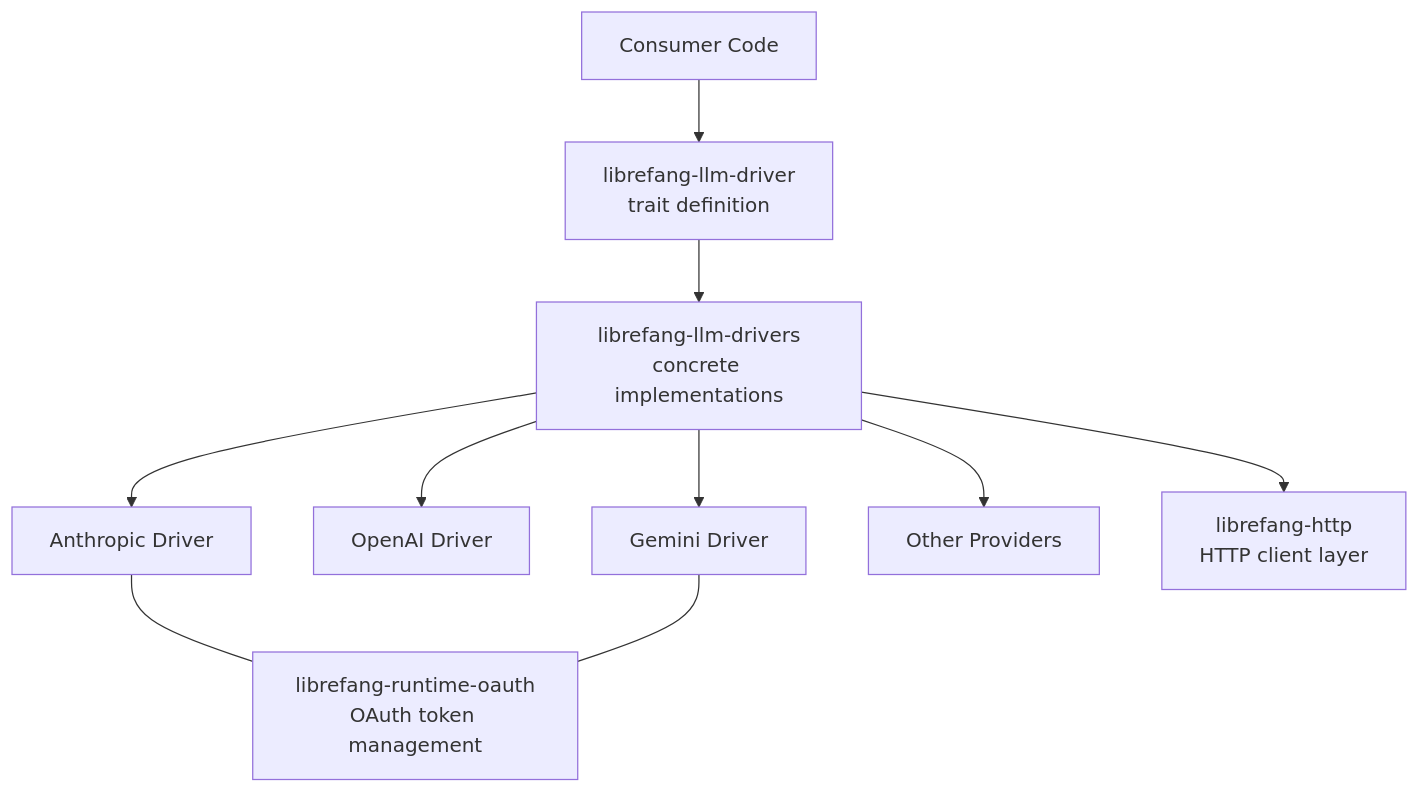
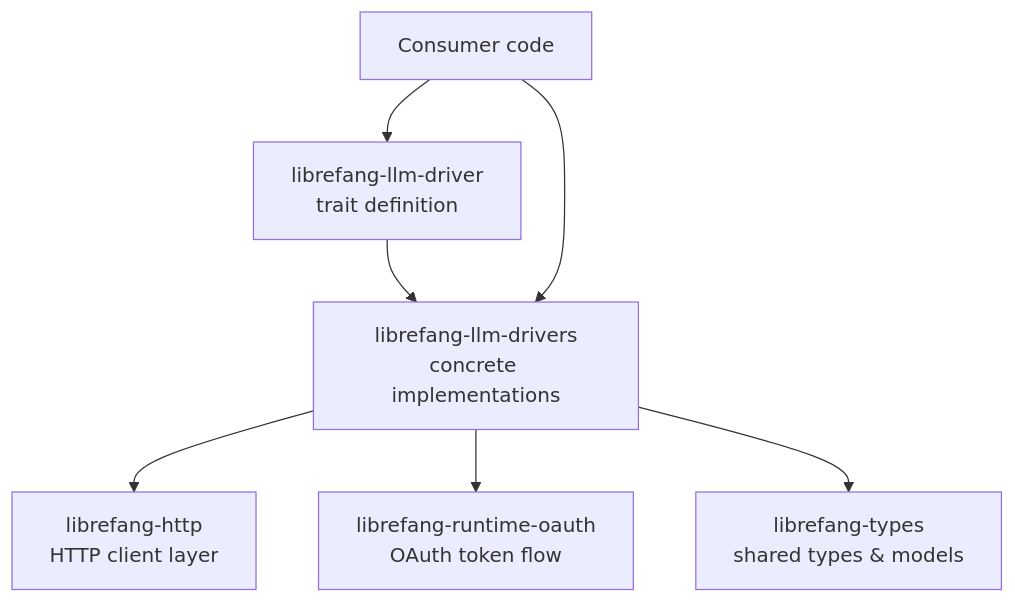
The diagram in other-librefang-llm-drivers.md (leszek3737/librefang-WIki), drawn with Mermaid before and after one commit. The commit also changed other lines of this file and 120 other files, not shown here.

````diff
--- a/other-librefang-llm-drivers.md
+++ b/other-librefang-llm-drivers.md
@@ -13,12 +13,9 @@
 ```mermaid
 graph TD
-    A[Consumer Code] --> B[librefang-llm-driver<br/>trait definition]
-    B --> C[librefang-llm-drivers<br/>concrete implementations]
-    C --> D[Anthropic Driver]
-    C --> E[OpenAI Driver]
-    C --> F[Gemini Driver]
-    C --> G[Other Providers]
-    C --> H[librefang-http<br/>HTTP client layer]
-    D --- I[librefang-runtime-oauth<br/>OAuth token management]
-    F --- I
+    A[librefang-llm-driver<br/>trait definition] --> B[librefang-llm-drivers<br/>concrete implementations]
+    B --> C[librefang-http<br/>HTTP client layer]
+    B --> D[librefang-runtime-oauth<br/>OAuth token flow]
+    B --> E[librefang-types<br/>shared types & models]
+    F[Consumer code] --> A
+    F --> B
 ```
````
